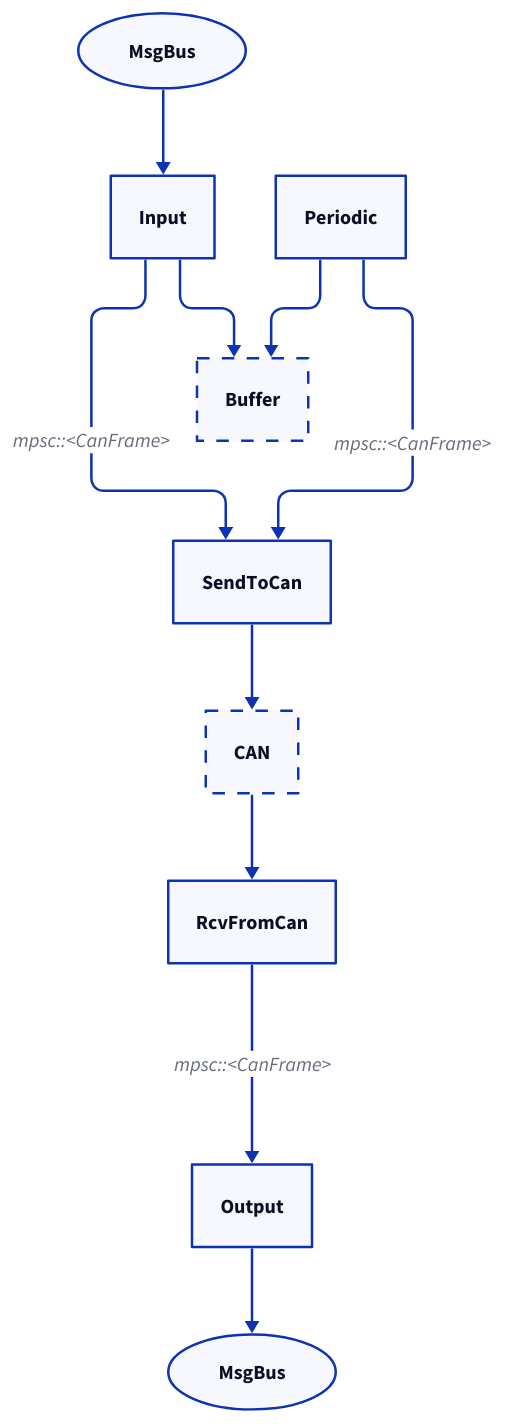
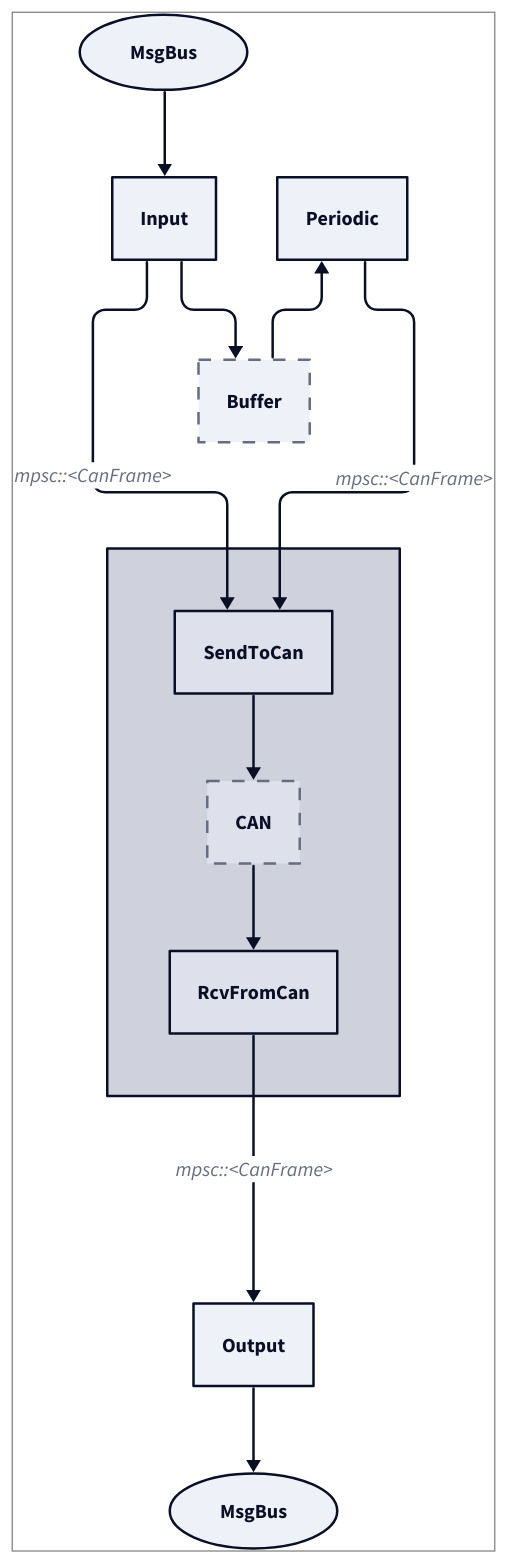
Before and after one commit to Konstantin-Dudersky/rsiot: the diagram in doc/images/component_structure/cmp_linux_can.d2, drawn with D2. The commit also changed 80 other files, not shown here.

```diff
--- a/doc/images/component_structure/cmp_linux_can.d2
+++ b/doc/images/component_structure/cmp_linux_can.d2
@@ -1,48 +1,56 @@
 vars: {
   d2-config: {
     layout-engine: elk
-    theme-id: 0
+    theme-id: 1
   }
+}
+
+style {
+    stroke-width: 1
+    stroke: gray
 }
 
 MsgBusIn: MsgBus {
     shape: oval
 }
 
 Input
 
 Buffer {
     style.stroke-dash: 5
 }
 
 Periodic
 
-SendToCan
+Target: "" {
+    SendToCan
 
-CAN {
-    style.stroke-dash: 5
+    CAN {
+        style.stroke-dash: 5
+    }
+
+    RcvFromCan
+
+    SendToCan -> CAN
+
+    CAN -> RcvFromCan
 }
-
-RcvFromCan
 
 Output
 
 MsgBusOut: MsgBus {
     shape: oval
 }
 
 MsgBusIn -> Input
 
-Input -> SendToCan: mpsc::<CanFrame>
+Input -> Target.SendToCan: mpsc::<CanFrame>
 Input -> Buffer
 
-Periodic -> SendToCan: mpsc::<CanFrame>
-Periodic -> Buffer
+Periodic -> Target.SendToCan: mpsc::<CanFrame>
+Periodic <- Buffer
 
-SendToCan -> CAN
 
-CAN -> RcvFromCan
-
-RcvFromCan -> Output: mpsc::<CanFrame>
+Target.RcvFromCan -> Output: mpsc::<CanFrame>
 
 Output -> MsgBusOut
```
